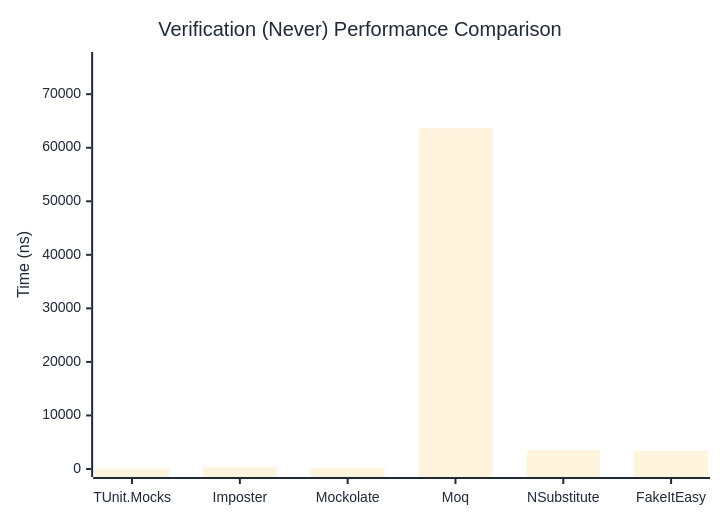
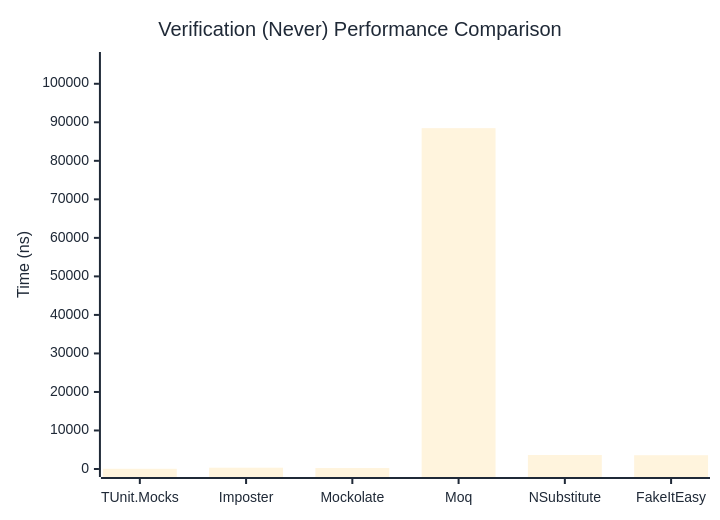
Before and after one commit to thomhurst/TUnit: the second of 3 diagrams in docs/docs/benchmarks/mocks/Verification.md, drawn with Mermaid. The commit also changed other lines of this file and 14 other files, not shown here.

````diff
--- a/docs/docs/benchmarks/mocks/Verification.md
+++ b/docs/docs/benchmarks/mocks/Verification.md
@@ -71,27 +71,27 @@
 ```mermaid
 %%{init: {
   'theme':'base',
   'themeVariables': {
     'primaryColor': '#2563eb',
     'primaryTextColor': '#1f2937',
     'primaryBorderColor': '#1e40af',
     'lineColor': '#6b7280',
     'secondaryColor': '#7c3aed',
     'tertiaryColor': '#dc2626',
     'background': '#ffffff',
     'pie1': '#2563eb',
     'pie2': '#7c3aed',
     'pie3': '#dc2626',
     'pie4': '#f59e0b',
     'pie5': '#10b981',
     'pie6': '#06b6d4',
     'pie7': '#ec4899',
     'pie8': '#6366f1'
   }
 }}%%
 xychart-beta
   title "Verification (Never) Performance Comparison"
   x-axis ["TUnit.Mocks", "Imposter", "Mockolate", "Moq", "NSubstitute", "FakeItEasy"]
-  y-axis "Time (ns)" 0 --> 76387
-  bar [63.32, 328.1, 254.78, 63655.82, 3546.17, 3380.68]
+  y-axis "Time (ns)" 0 --> 106172
+  bar [52.79, 335.46, 249.8, 88476.37, 3638.22, 3580.28]
 ```
````
